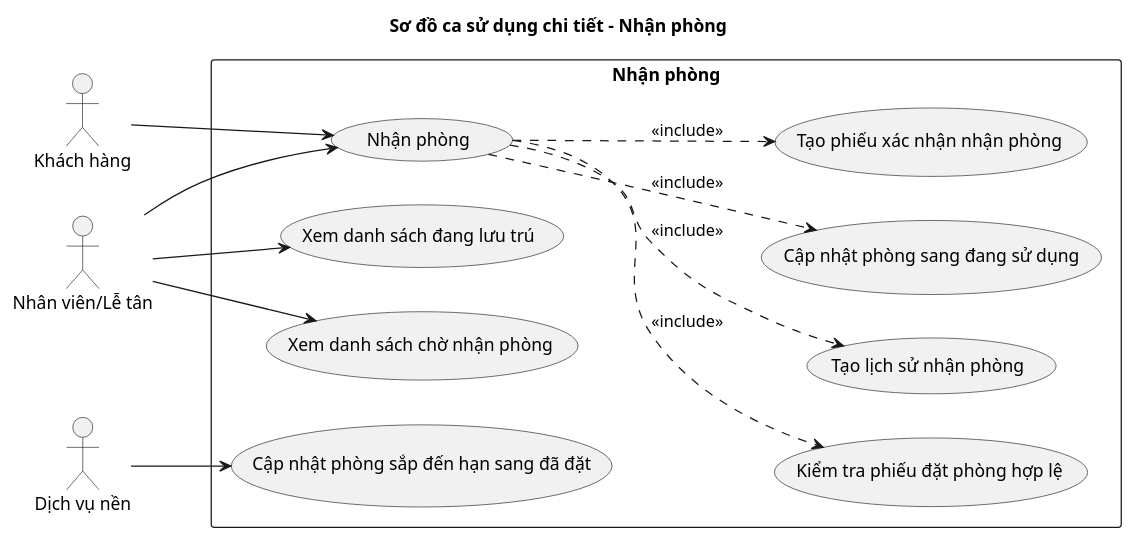
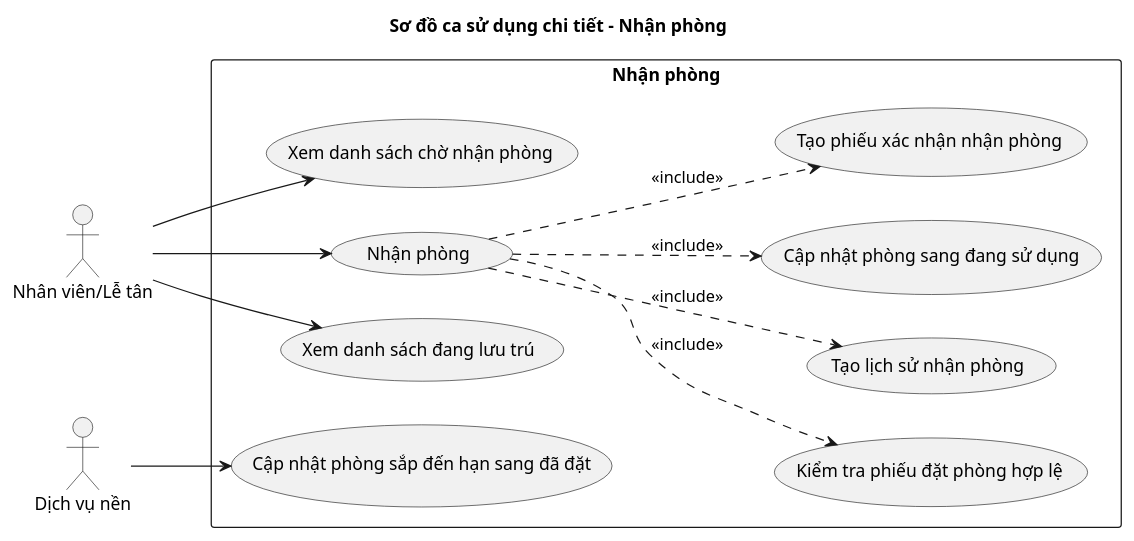
The diagram in docs/uml/plantuml/usecase/UseCase_CheckIn.puml (hieud3663/UHotel), drawn with PlantUML before and after one commit. The commit also changed 26 other files, not shown here.

```diff
--- a/docs/uml/plantuml/usecase/UseCase_CheckIn.puml
+++ b/docs/uml/plantuml/usecase/UseCase_CheckIn.puml
@@ -1,31 +1,29 @@
 @startuml UseCase_CheckIn
 left to right direction
 skinparam shadowing false
 title Sơ đồ ca sử dụng chi tiết - Nhận phòng
 
-actor "Khách hàng" as Customer
 actor "Nhân viên/Lễ tân" as Staff
 actor "Dịch vụ nền" as Background
 
 rectangle "Nhận phòng" {
   usecase "Xem danh sách chờ nhận phòng" as UC_List
   usecase "Kiểm tra phiếu đặt phòng hợp lệ" as UC_Validate
   usecase "Nhận phòng" as UC_CheckIn
   usecase "Tạo lịch sử nhận phòng" as UC_History
   usecase "Cập nhật phòng sang đang sử dụng" as UC_RoomStatus
   usecase "Tạo phiếu xác nhận nhận phòng" as UC_Receipt
   usecase "Xem danh sách đang lưu trú" as UC_CheckedInList
   usecase "Cập nhật phòng sắp đến hạn sang đã đặt" as UC_AutoReserved
 }
 
-Customer --> UC_CheckIn
 Staff --> UC_List
 Staff --> UC_CheckIn
 Staff --> UC_CheckedInList
 Background --> UC_AutoReserved
 
 UC_CheckIn ..> UC_Validate : <<include>>
 UC_CheckIn ..> UC_History : <<include>>
 UC_CheckIn ..> UC_RoomStatus : <<include>>
 UC_CheckIn ..> UC_Receipt : <<include>>
 @enduml
```
